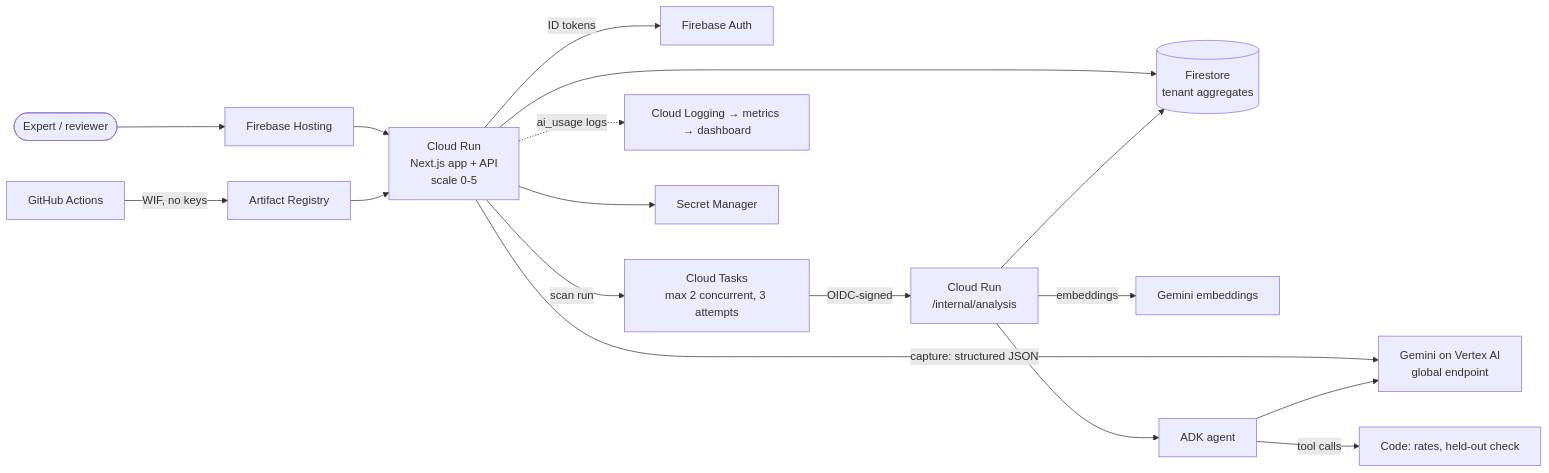
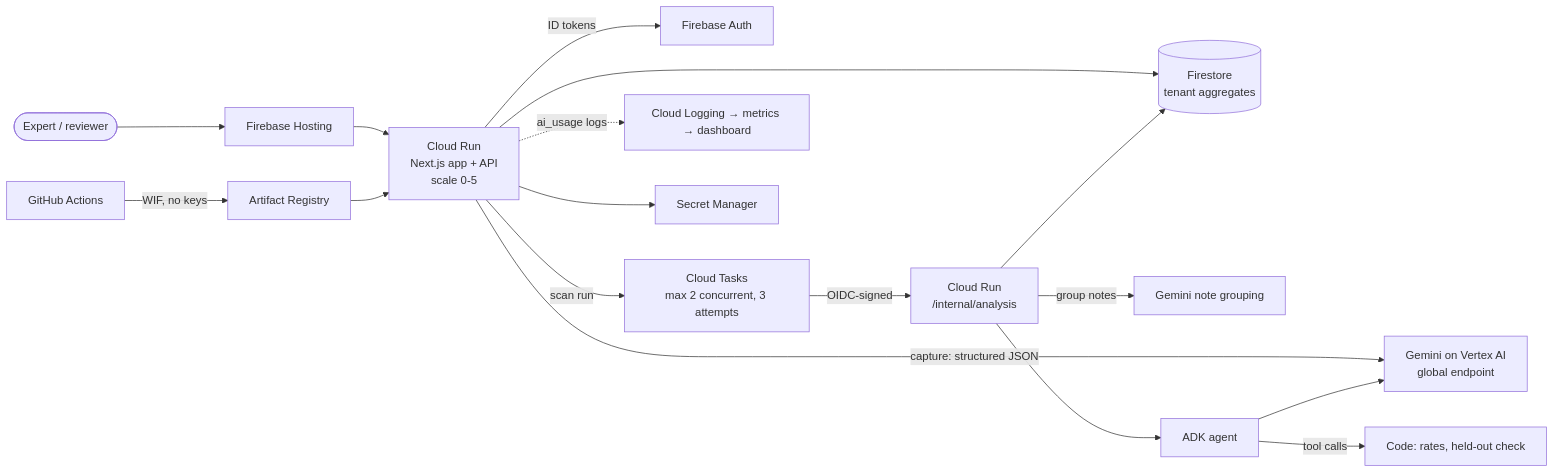
One commit to BooManLag/sop-maker changed the diagram in docs/product/architecture.md. Above: the diagram before and after it, drawn with Mermaid. The commit also changed other lines of this file and 19 other files, not shown here.

First line of the commit message:
fix(scan): group job notes with Gemini so same-domain scans find practices

````diff
--- a/docs/product/architecture.md
+++ b/docs/product/architecture.md
@@ -44,18 +44,18 @@
 ```mermaid
 flowchart LR
   user([Expert / reviewer]) --> hosting[Firebase Hosting]
   hosting --> run[Cloud Run<br/>Next.js app + API<br/>scale 0-5]
   run -->|ID tokens| auth[Firebase Auth]
   run --> fs[(Firestore<br/>tenant aggregates)]
   run -->|capture: structured JSON| gemini[Gemini on Vertex AI<br/>global endpoint]
   run -->|scan run| tasks[Cloud Tasks<br/>max 2 concurrent, 3 attempts]
   tasks -->|OIDC-signed| worker[Cloud Run<br/>/internal/analysis]
-  worker -->|embeddings| emb[Gemini embeddings]
+  worker -->|group notes| emb[Gemini note grouping]
   worker --> agent[ADK agent]
   agent -->|tool calls| stats[Code: rates, held-out check]
   agent --> gemini
   worker --> fs
   run -. ai_usage logs .-> mon[Cloud Logging → metrics → dashboard]
   run --> sm[Secret Manager]
   gh[GitHub Actions] -->|WIF, no keys| ar[Artifact Registry] --> run
 ```
````
